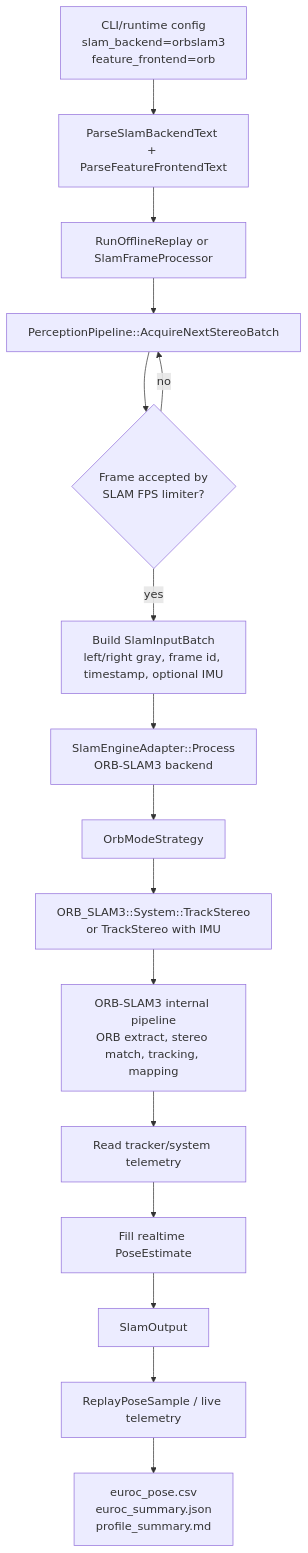
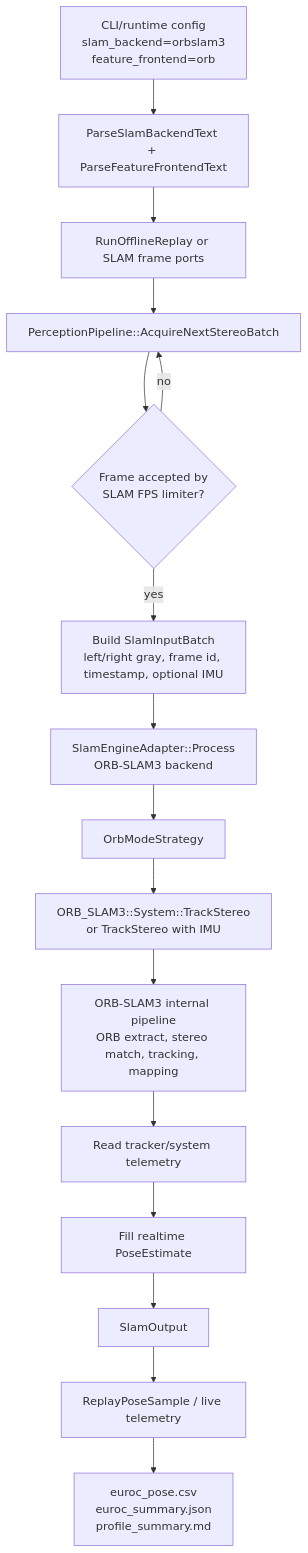
Before and after one commit to litingzhang/SmartDrone: the first of 4 diagrams in docs/orb_mode_flow.md, drawn with Mermaid. The commit also changed other lines of this file and 151 other files, not shown here.

Commit message:
refactor: evolve EPG session architecture

````diff
--- a/docs/orb_mode_flow.md
+++ b/docs/orb_mode_flow.md
@@ -9,18 +9,18 @@
 ```mermaid
 flowchart TD
     A[CLI/runtime config<br/>slam_backend=orbslam3<br/>feature_frontend=orb] --> B[ParseSlamBackendText + ParseFeatureFrontendText]
-    B --> C[RunOfflineReplay or SlamFrameProcessor]
+    B --> C[RunOfflineReplay or SLAM frame ports]
     C --> D[PerceptionPipeline::AcquireNextStereoBatch]
     D --> E{Frame accepted by<br/>SLAM FPS limiter?}
     E -- no --> D
     E -- yes --> F[Build SlamInputBatch<br/>left/right gray, frame id, timestamp, optional IMU]
     F --> G[SlamEngineAdapter::Process<br/>ORB-SLAM3 backend]
     G --> H[OrbModeStrategy]
     H --> I[ORB_SLAM3::System::TrackStereo<br/>or TrackStereo with IMU]
     I --> J[ORB-SLAM3 internal pipeline<br/>ORB extract, stereo match, tracking, mapping]
     J --> K[Read tracker/system telemetry]
     K --> L[Fill realtime PoseEstimate]
     L --> M[SlamOutput]
     M --> N[ReplayPoseSample / live telemetry]
     N --> O[euroc_pose.csv<br/>euroc_summary.json<br/>profile_summary.md]
 ```
````
